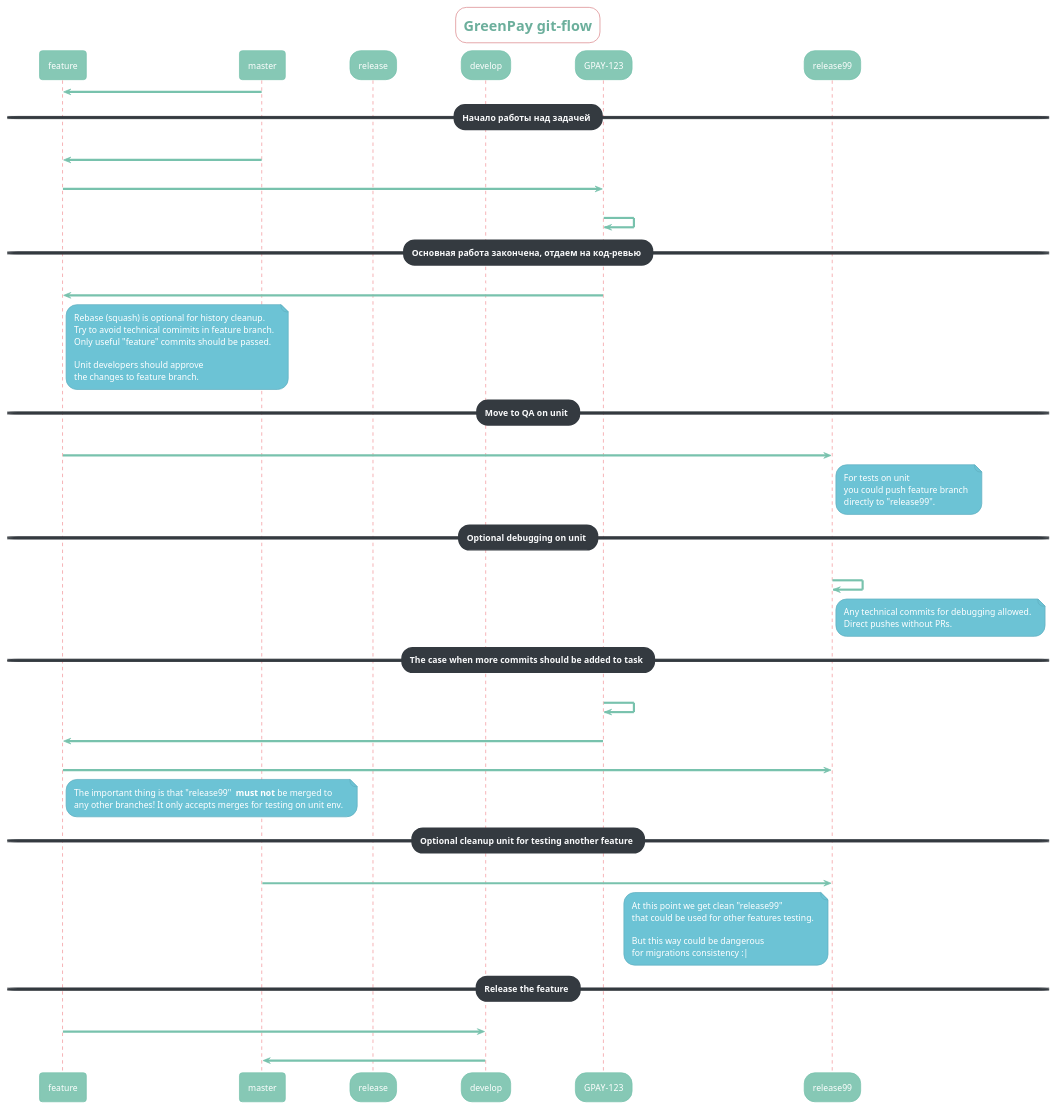
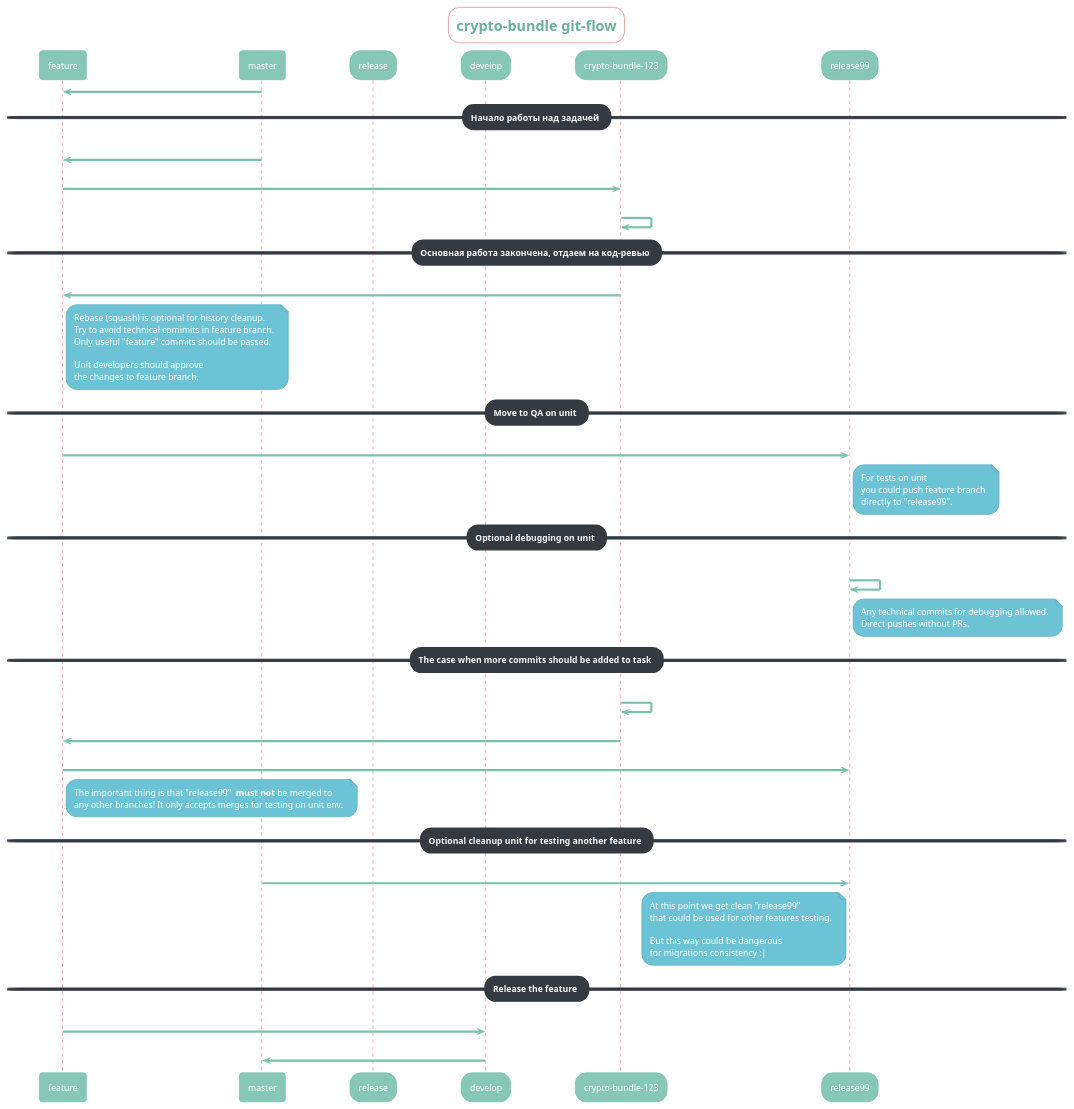
Before and after one commit to crypto-bundle/bc-wallet-common-csg-go: the diagram in pkg/csg/docs/diagrams/integration-branch.puml, drawn with PlantUML. The commit also changed 98 other files, not shown here.

```diff
--- a/pkg/csg/docs/diagrams/integration-branch.puml
+++ b/pkg/csg/docs/diagrams/integration-branch.puml
@@ -1,93 +1,93 @@
 @startuml
 ' This UML source uses PlantUML format.
 ' https://plantuml.com/sequence-diagram for syntax details.
 !theme minty
 master -> feature
 'help themes
 
 ' Optional styles
 'skinparam monochrome reverse
 skinparam backgroundColor white
 skinparam SequenceMessageAlign direction
 skinparam shadowing false
 'skinparam handwritten true
 skinparam roundcorner 30
 autonumber
 
-title GreenPay git-flow
+title crypto-bundle git-flow
 
 participant master
 participant release
 participant develop
-participant "GPAY-123" as task
+participant "crypto-bundle-123" as task
 
 == Начало работы над задачей ==
 
 master -> feature: create a branch as a fork from "master"
 feature -> task: create a branch as a fork from feature branch
 task -> task: push commits locally, technical commits allowed
 
 
 == Основная работа закончена, отдаем на код-ревью ==
 
 task -> feature: PR with rebase (squash on github)
 note right of feature
 	Rebase (squash) is optional for history cleanup.
 	Try to avoid technical comimits in feature branch.
 	Only useful "feature" commits should be passed.
 
 	Unit developers should approve
 	the changes to feature branch.
 end note
 
 
 == Move to QA on unit ==
 
 feature -> release99: merge
 
 note right of release99
 	For tests on unit
 	you could push feature branch
 	directly to "release99".
 end note
 
 
 == Optional debugging on unit ==
 
 release99 -> release99: optional technical commits & pushes
 
 note right of release99
 	Any technical commits for debugging allowed.
 	Direct pushes without PRs.
 end note
 
 
 == The case when more commits should be added to task ==
 
 task -> task: commit & push
 task -> feature: PR to task
 feature -> release99: merge and test again
 
 note right of feature
 	The important thing is that "release99"  **must not** be merged to
 	any other branches! It only accepts merges for testing on unit env.
 end note
 
 == Optional cleanup unit for testing another feature ==
 
 master -> release99: replace with master after for branch cleanup
 
 note left of release99
 	At this point we get clean "release99"
 	that could be used for other features testing.
 
 	But this way could be dangerous
 	for migrations consistency :|
 end note
 
 == Release the feature ==
 
 feature -> develop: merge with PR (no rebase allowed!)
 develop -> master: merge for new release (no rebase allowed!)
 
 @enduml
```
